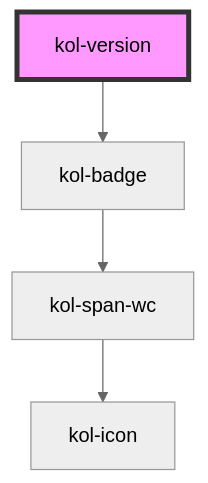
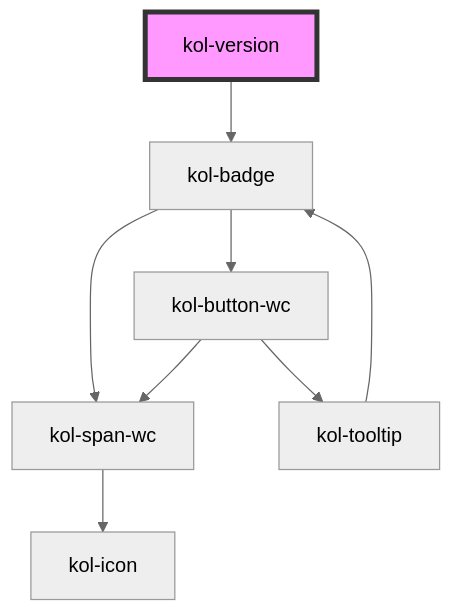
Before and after one commit to public-ui/kolibri: the diagram in packages/library/src/components/version/readme.md, drawn with Mermaid (neutral theme). The commit also changed 33 other files, not shown here.

````diff
--- a/packages/library/src/components/version/readme.md
+++ b/packages/library/src/components/version/readme.md
@@ -52,7 +52,11 @@
 ```mermaid
 graph TD;
   kol-version --> kol-badge
   kol-badge --> kol-span-wc
+  kol-badge --> kol-button-wc
   kol-span-wc --> kol-icon
+  kol-button-wc --> kol-span-wc
+  kol-button-wc --> kol-tooltip
+  kol-tooltip --> kol-badge
   style kol-version fill:#f9f,stroke:#333,stroke-width:4px
 ```
````
